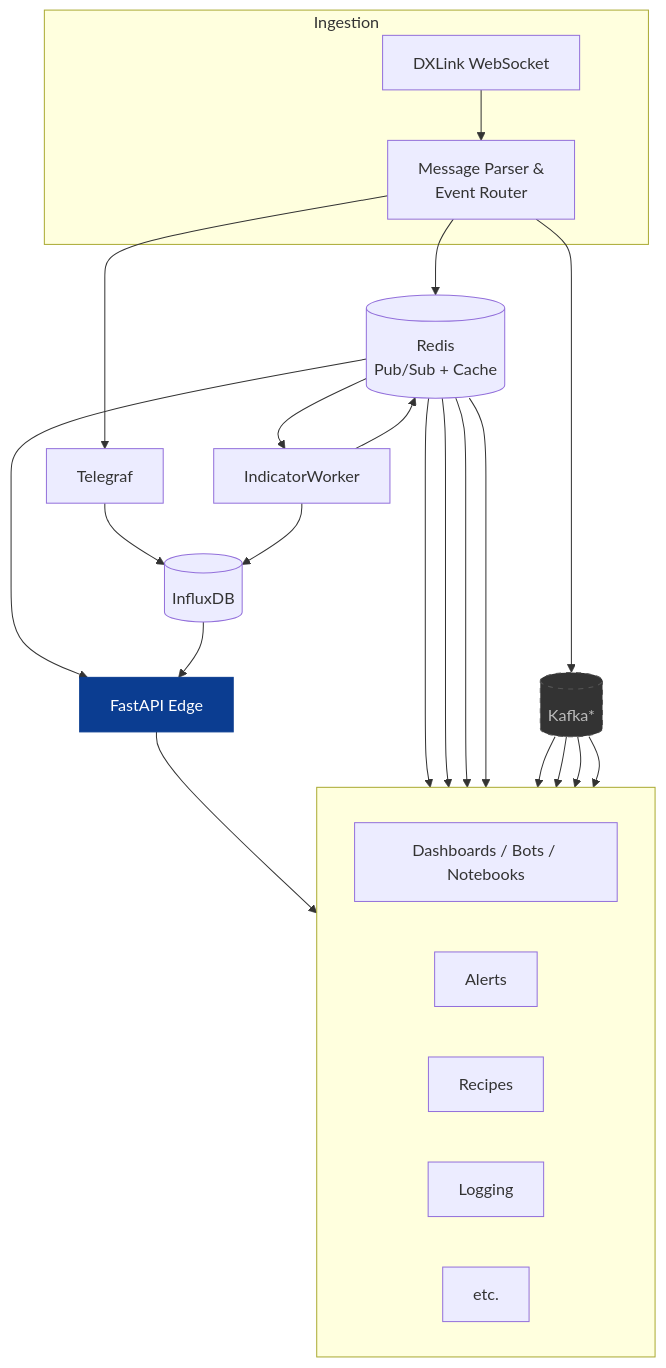
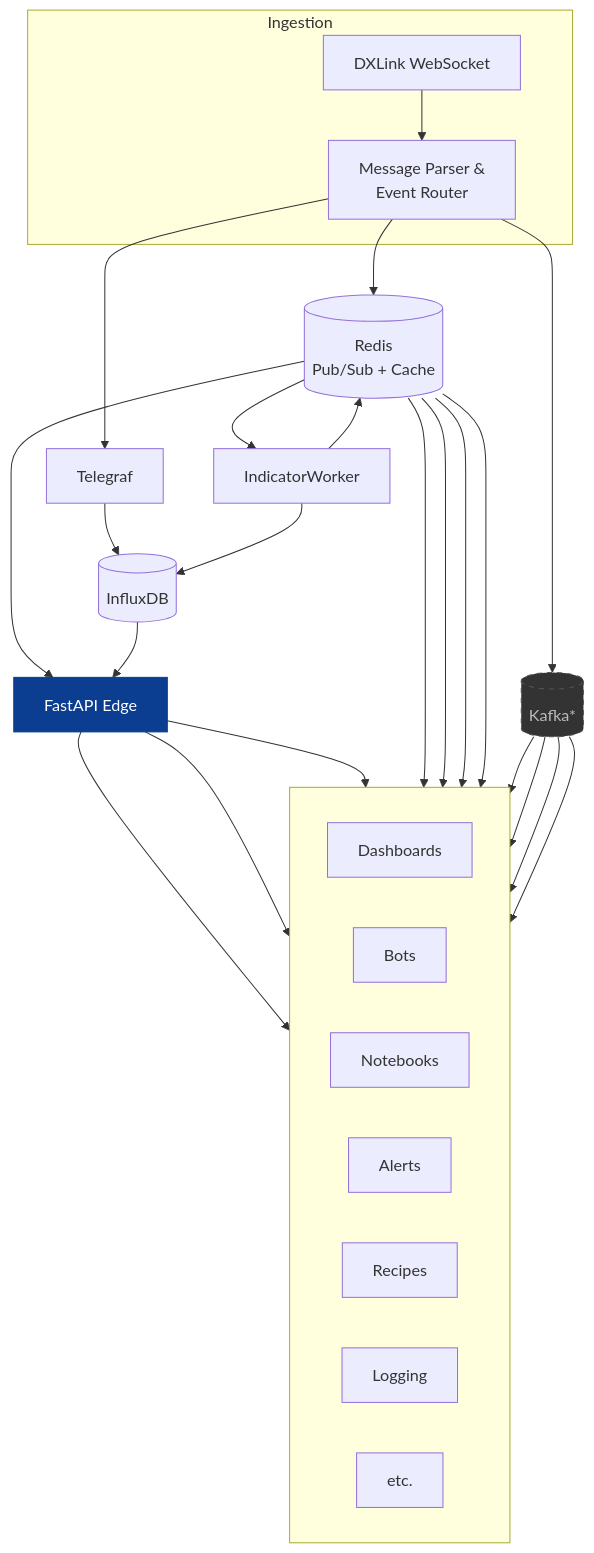
The first of 2 diagrams in README.md (xmandeng/tastytrade_sdk), drawn with Mermaid before and after one commit.

Commit message:
docs(architecture): split Dashboards/Bots/Notebooks into separate boxes

````diff
--- a/README.md
+++ b/README.md
@@ -107,49 +107,53 @@
 ```mermaid
 flowchart TB
    %% Ingestion Layer
    subgraph INGEST[Ingestion]
       WS[DXLink WebSocket]
       PARSER[Message Parser &<br/>Event Router]
       WS --> PARSER
    end
 
    %% Core Spine
    PARSER --> TELEGRAF[Telegraf]
    PARSER --> REDIS[(Redis<br/>Pub/Sub + Cache)]
    PARSER --> KAFKA[(Kafka*)]
    TELEGRAF --> INFLUX[(InfluxDB)]
 
    %% Enrichment Worker (loop back)
    REDIS --> WORKER[IndicatorWorker]
    WORKER --> REDIS
    WORKER --> INFLUX
 
    %% Consumer Layer (edge clients + horizontal internal services aligned)
             %% Consumer layer grouped (blank title for alignment w/out caption)
             FASTAPI[FastAPI Edge]
             subgraph CONSUMER_LAYER[ ]
                direction LR
-               CLIENTS[Dashboards / Bots / Notebooks]
+               DASH[Dashboards]
+               BOTS[Bots]
+               NB[Notebooks]
                ALERTS[Alerts]
                RECIPES[Recipes]
                LOGGING[Logging]
                ETC[etc.]
             end
 
    %% Bus connections
    REDIS --> FASTAPI
    INFLUX --> FASTAPI
-   FASTAPI --> CLIENTS
+   FASTAPI --> DASH
+   FASTAPI --> BOTS
+   FASTAPI --> NB
    REDIS --> ALERTS
    REDIS --> RECIPES
    REDIS --> LOGGING
    REDIS --> ETC
    KAFKA --> ALERTS
    KAFKA --> RECIPES
    KAFKA --> LOGGING
    KAFKA --> ETC
 
    classDef opt fill:#333,stroke:#555,color:#bbb,stroke-dasharray:5 5;
    class KAFKA opt;
    style FASTAPI fill:#0b3d91,stroke:#0b3d91,color:#fff
 ```
````
